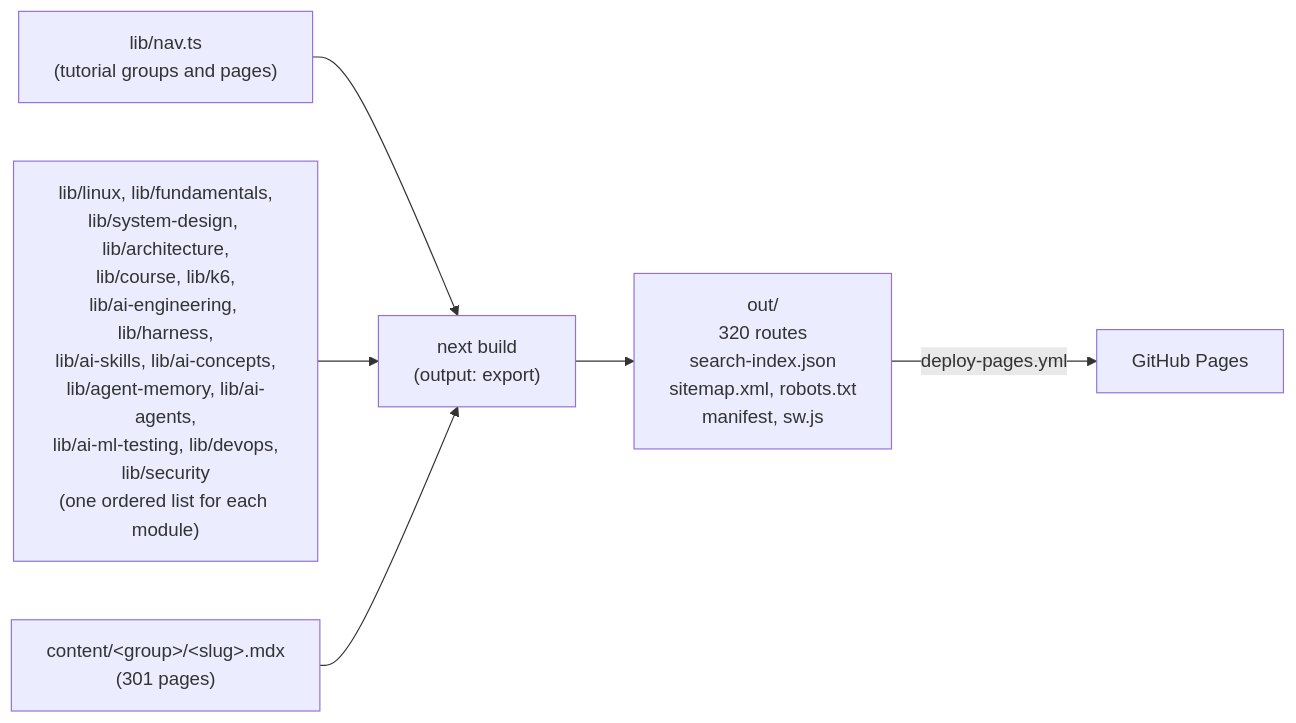
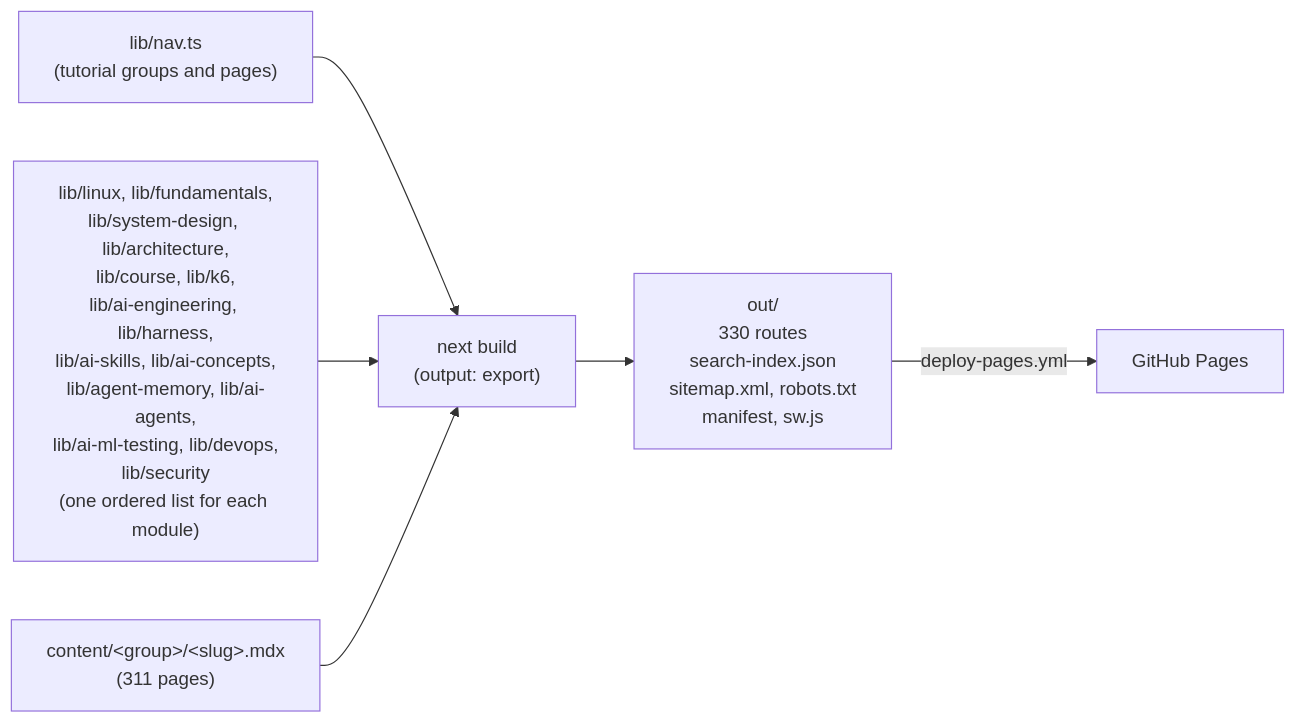
One commit to kawsar-95/ai-testing-guide changed the diagram in docs/ARCHITECTURE.md. Above: the diagram before and after it, drawn with Mermaid. The commit also changed other lines of this file and 35 other files, not shown here.

````diff
--- a/docs/ARCHITECTURE.md
+++ b/docs/ARCHITECTURE.md
@@ -9,15 +9,15 @@
 ```mermaid
 flowchart LR
   nav["lib/nav.ts<br/>(tutorial groups and pages)"]
   mods["lib/linux, lib/fundamentals,<br/>lib/system-design, lib/architecture,<br/>lib/course, lib/k6,<br/>lib/ai-engineering, lib/harness,<br/>lib/ai-skills, lib/ai-concepts,<br/>lib/agent-memory, lib/ai-agents,<br/>lib/ai-ml-testing, lib/devops,<br/>lib/security<br/>(one ordered list for each module)"]
-  mdx["content/&lt;group&gt;/&lt;slug&gt;.mdx<br/>(301 pages)"]
+  mdx["content/&lt;group&gt;/&lt;slug&gt;.mdx<br/>(311 pages)"]
   build["next build<br/>(output: export)"]
-  out["out/<br/>320 routes<br/>search-index.json<br/>sitemap.xml, robots.txt<br/>manifest, sw.js"]
+  out["out/<br/>330 routes<br/>search-index.json<br/>sitemap.xml, robots.txt<br/>manifest, sw.js"]
   pages["GitHub Pages"]
 
   nav --> build
   mods --> build
   mdx --> build
   build --> out
   out -->|deploy-pages.yml| pages
 ```
````
